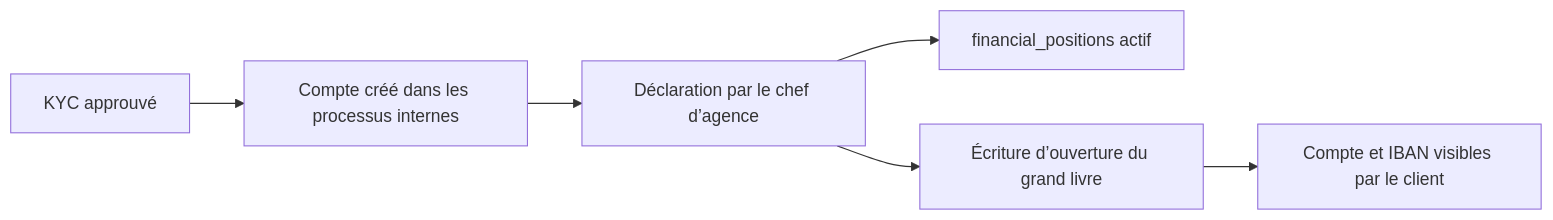
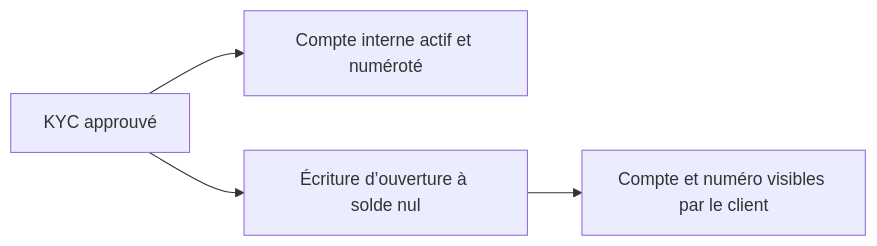
Before and after one commit to kalybanky-jpg/kalybank: the second of 2 diagrams in docs/architecture.md, drawn with Mermaid. The commit also changed other lines of this file and 55 other files, not shown here.

Commit message:
feat: consolider les parcours bancaires et KYC

````diff
--- a/docs/architecture.md
+++ b/docs/architecture.md
@@ -60,8 +60,6 @@
 ```mermaid
 flowchart LR
-  K["KYC approuvé"] --> I["Compte créé dans les processus internes"]
-  I --> C["Déclaration par le chef d’agence"]
-  C --> P["financial_positions actif"]
-  C --> L["Écriture d’ouverture du grand livre"]
-  L --> V["Compte et IBAN visibles par le client"]
+  K["KYC approuvé"] --> P["Compte interne actif et numéroté"]
+  K --> L["Écriture d’ouverture à solde nul"]
+  L --> V["Compte et numéro visibles par le client"]
 ```
````
